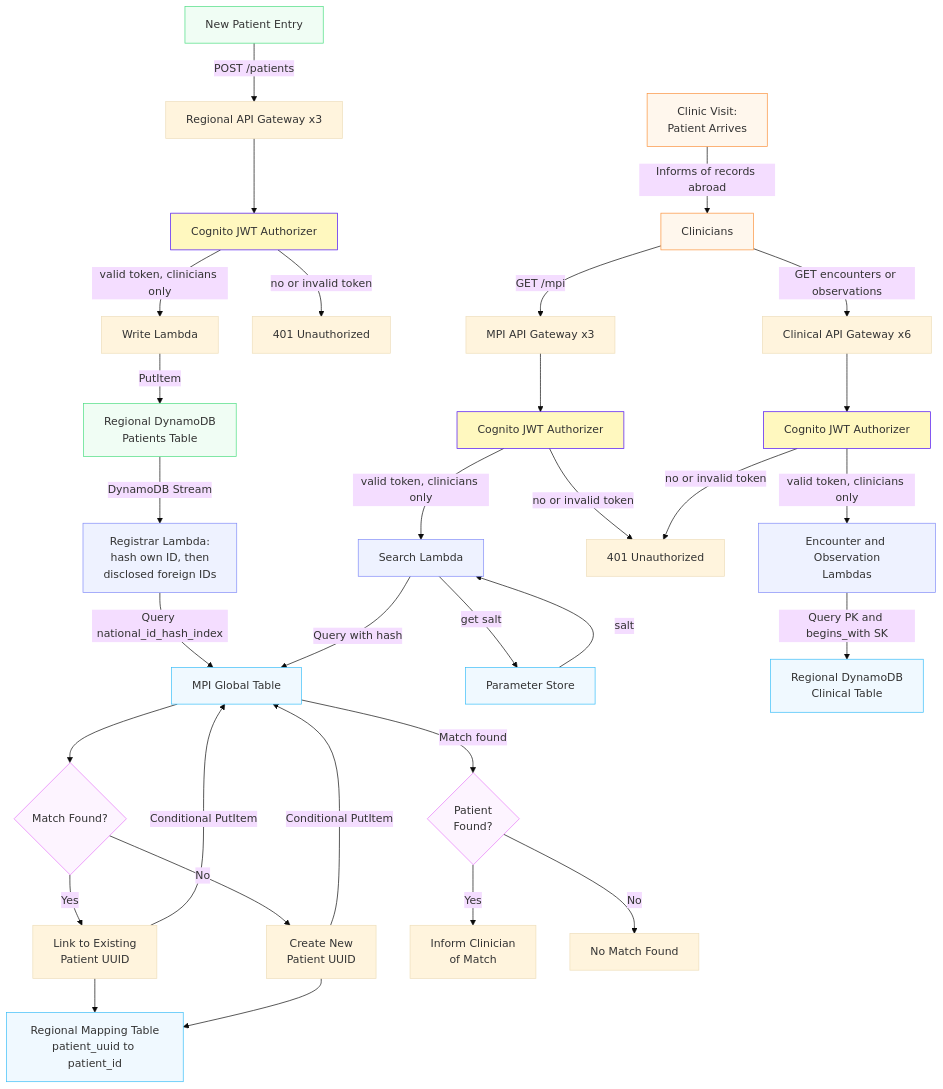
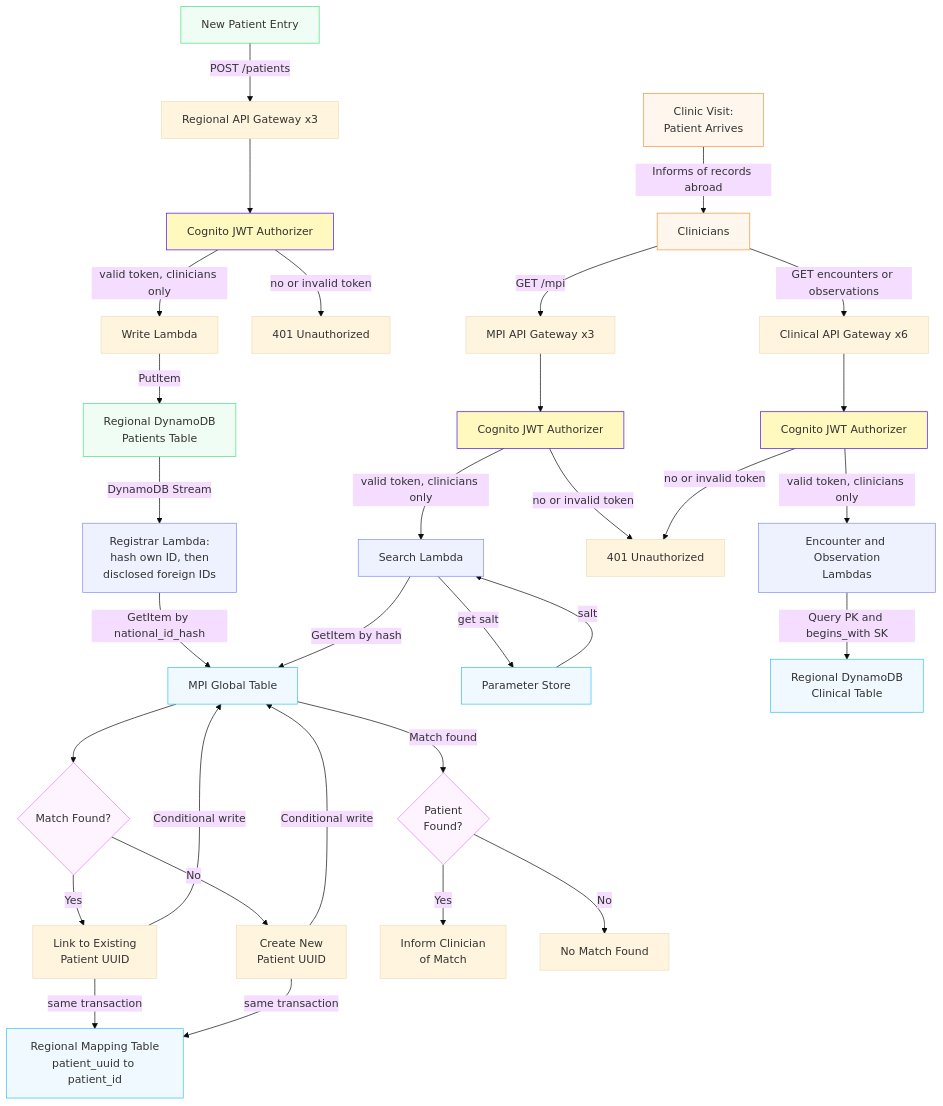
One commit to tobsterin/Multi-Region-EHR-API changed the diagram in README.md. Above: the diagram before and after it, drawn with Mermaid (base theme). The commit also changed other lines of this file and 7 other files, not shown here.

First line of the commit message:
Key the MPI by national_id_hash

````diff
--- a/README.md
+++ b/README.md
@@ -26,58 +26,58 @@
 ```mermaid
 
 flowchart TB
     A["New Patient Entry"] -->|"POST /patients"| AG1["Regional API Gateway x3"]
     AG1 --> AUTH1["Cognito JWT Authorizer"]
     AUTH1 -->|"valid token, clinicians only"| WL["Write Lambda"]
     AUTH1 -->|"no or invalid token"| X["401 Unauthorized"]
     WL -->|"PutItem"| B["Regional DynamoDB<br>Patients Table"]
     B -->|"DynamoDB Stream"| C["Registrar Lambda:<br>hash own ID, then<br>disclosed foreign IDs"]
-    C -->|"Query national_id_hash_index"| D["MPI Global Table"]
+    C -->|"GetItem by national_id_hash"| D["MPI Global Table"]
     D --> E{"Match Found?"}
     E -->|"Yes"| F["Link to Existing<br>Patient UUID"]
     E -->|"No"| G["Create New<br>Patient UUID"]
-    F -->|"Conditional PutItem"| D
-    G -->|"Conditional PutItem"| D
-    F --> MT["Regional Mapping Table<br>patient_uuid to patient_id"]
-    G --> MT
+    F -->|"Conditional write"| D
+    G -->|"Conditional write"| D
+    F -->|"same transaction"| MT["Regional Mapping Table<br>patient_uuid to patient_id"]
+    G -->|"same transaction"| MT
     I["Clinic Visit:<br>Patient Arrives"] -->|"Informs of records abroad"| J["Clinicians"]
     J -->|"GET /mpi"| AG2["MPI API Gateway x3"]
     AG2 --> AUTH2["Cognito JWT Authorizer"]
     AUTH2 -->|"valid token, clinicians only"| K["Search Lambda"]
     AUTH2 -->|"no or invalid token"| X1["401 Unauthorized"]
     K -->|"get salt"| L["Parameter Store"]
     L -->|"salt"| K
-    K -->|"Query with hash"| D
+    K -->|"GetItem by hash"| D
     D -->|"Match found"| M{"Patient<br>Found?"}
     M -->|"Yes"| N["Inform Clinician<br>of Match"]
     M -->|"No"| O["No Match Found"]
     J -->|"GET encounters or observations"| AG3["Clinical API Gateway x6"]
     AG3 --> AUTH3["Cognito JWT Authorizer"]
     AUTH3 -->|"valid token, clinicians only"| CL["Encounter and Observation<br>Lambdas"]
     AUTH3 -->|"no or invalid token"| X1
     CL -->|"Query PK and begins_with SK"| CV["Regional DynamoDB<br>Clinical Table"]
 
     A:::creation
     B:::creation
     C:::lambda
     D:::database
     MT:::database
     E:::decision
     I:::clinician
     J:::clinician
     K:::lambda
     L:::database
     M:::decision
     AUTH1:::auth
     AUTH2:::auth
     AUTH3:::auth
     CL:::lambda
     CV:::database
     classDef creation fill:#f0fdf4,stroke:#4ade80
     classDef lambda fill:#eef2ff,stroke:#818cf8
     classDef database fill:#f0f9ff,stroke:#38bdf8
     classDef clinician fill:#fff7ed,stroke:#fb923c
     classDef decision fill:#fdf4ff,stroke:#e879f9
     classDef auth fill:#fff8bf,stroke:#4a0bf6
     
 ```
````
